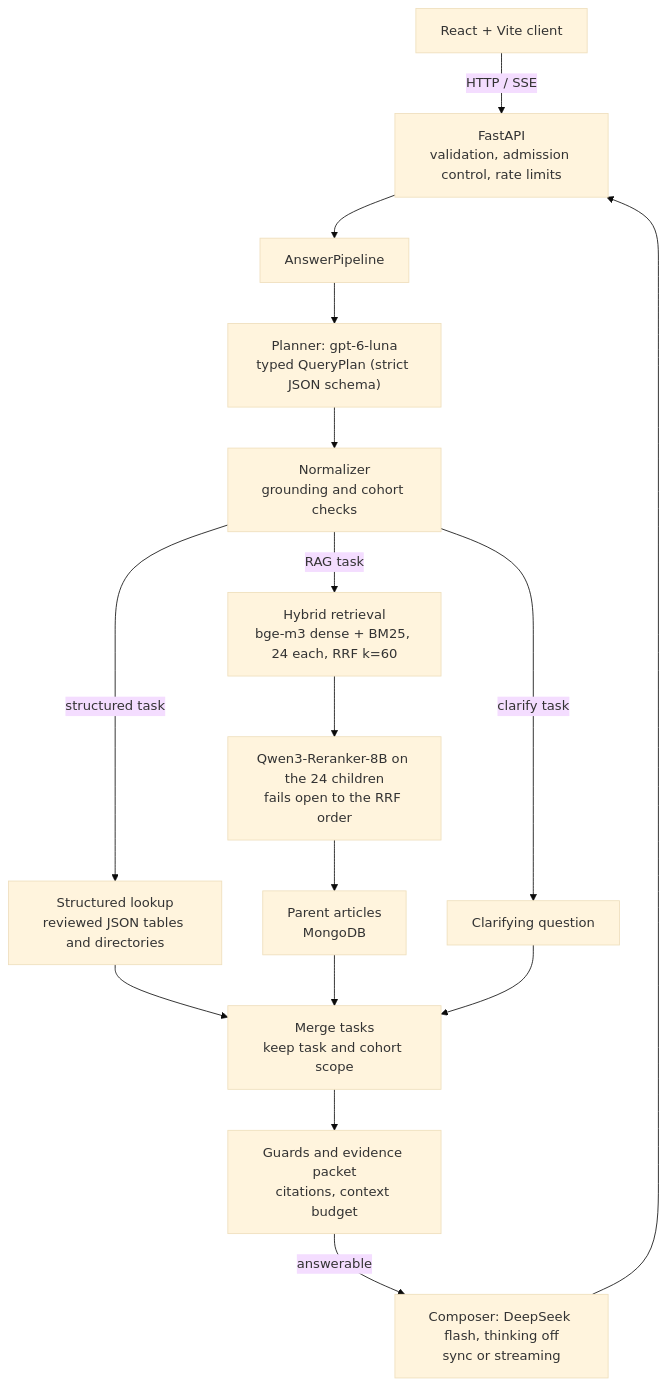
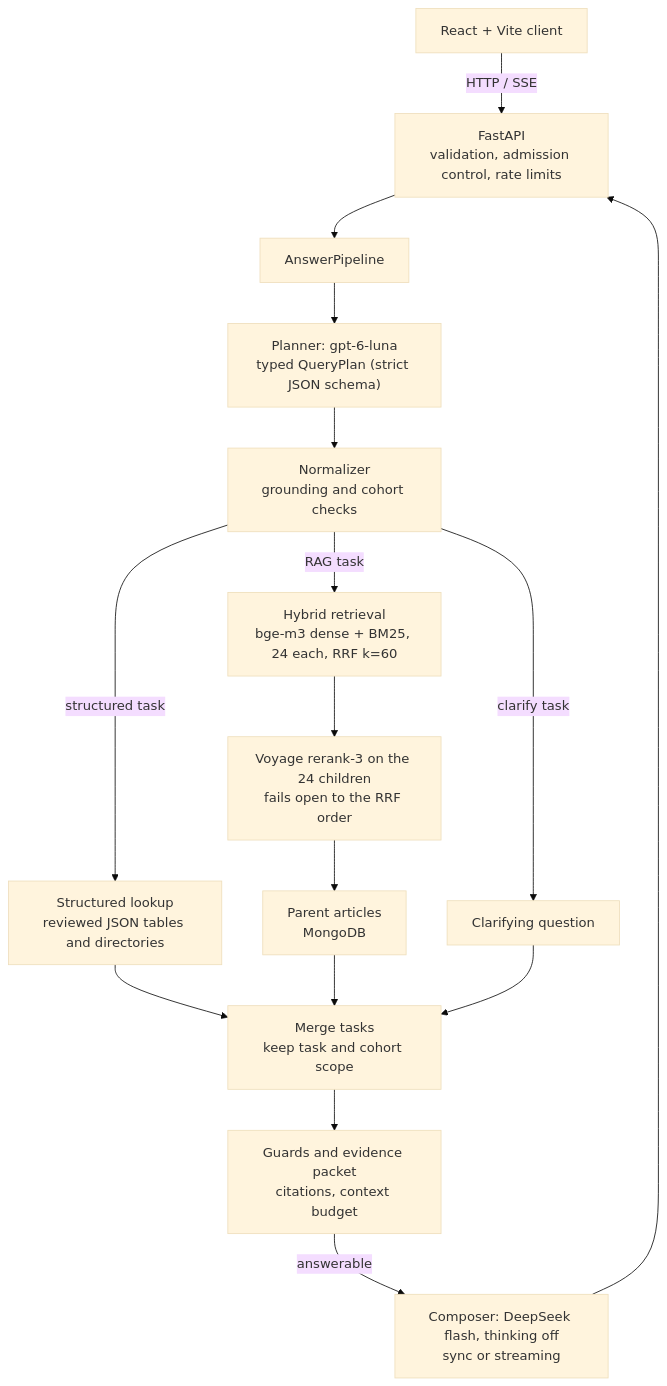
Before and after one commit to AnhPhiNe/student-handbook-rag-chatbot: the first of 7 diagrams in README.md, drawn with Mermaid (base theme). The commit also changed other lines of this file and 5 other files, not shown here.

First line of the commit message:
feat(retrieval): rerank with Voyage rerank-3, keeping DeepInfra as a provider option

````diff
--- a/README.md
+++ b/README.md
@@ -75,18 +75,18 @@
 ```mermaid
 flowchart TD
     UI["React + Vite client"] -->|"HTTP / SSE"| API["FastAPI<br/>validation, admission control, rate limits"]
     API --> Pipeline["AnswerPipeline"]
     Pipeline --> Planner["Planner: gpt-6-luna<br/>typed QueryPlan (strict JSON schema)"]
     Planner --> Normalizer["Normalizer<br/>grounding and cohort checks"]
     Normalizer -->|structured task| Lookup["Structured lookup<br/>reviewed JSON tables and directories"]
     Normalizer -->|RAG task| Retrieve["Hybrid retrieval<br/>bge-m3 dense + BM25, 24 each, RRF k=60"]
     Normalizer -->|clarify task| Clarify["Clarifying question"]
-    Retrieve --> Rerank["Qwen3-Reranker-8B on the 24 children<br/>fails open to the RRF order"]
+    Retrieve --> Rerank["Voyage rerank-3 on the 24 children<br/>fails open to the RRF order"]
     Rerank --> Parents["Parent articles<br/>MongoDB"]
     Lookup --> Merge["Merge tasks<br/>keep task and cohort scope"]
     Parents --> Merge
     Clarify --> Merge
     Merge --> Packet["Guards and evidence packet<br/>citations, context budget"]
     Packet -->|answerable| Composer["Composer: DeepSeek flash, thinking off<br/>sync or streaming"]
     Composer --> API
 ```
````
